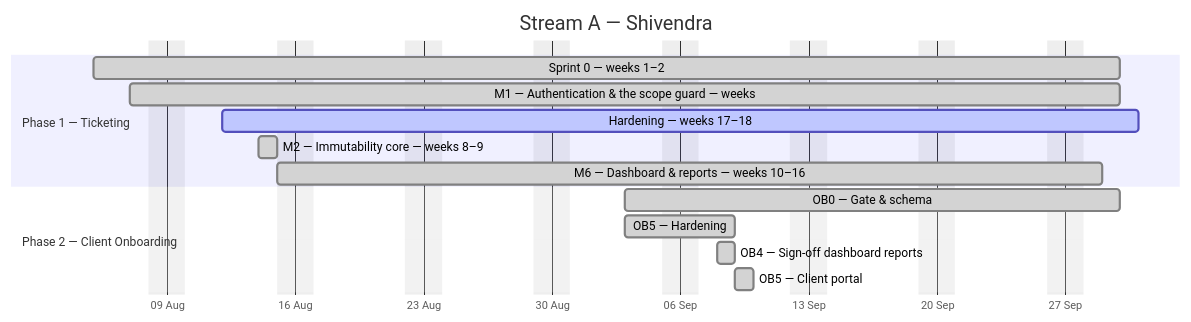
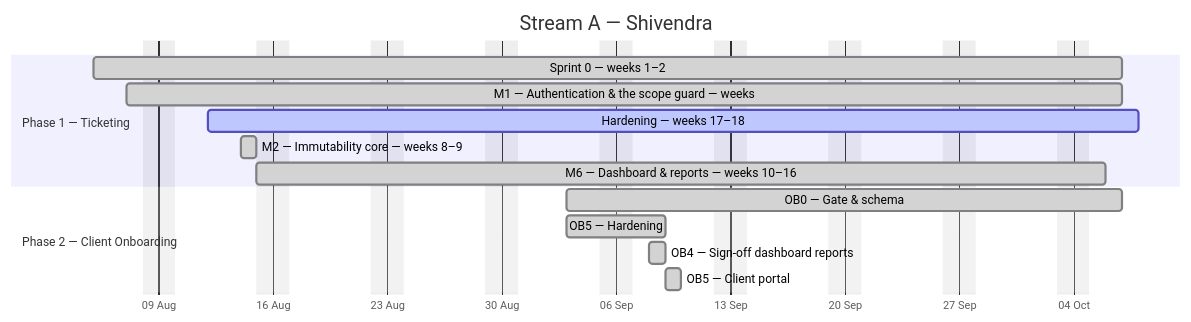
Before and after one commit to debashisedunext/EduTrack: the first of 4 diagrams in docs/plan/GANTT.md, drawn with Mermaid. The commit also changed other lines of this file and 2 other files, not shown here.

````diff
--- a/docs/plan/GANTT.md
+++ b/docs/plan/GANTT.md
@@ -114,18 +114,18 @@
 ```mermaid
 gantt
     dateFormat YYYY-MM-DD
     axisFormat %d %b
     title Stream A — Shivendra
     excludes weekends
     section Phase 1 — Ticketing
-    Sprint 0 — weeks 1–2 :done, a0, 2026-08-05, 40d
-    M1 — Authentication & the scope guard — weeks :done, a1, 2026-08-07, 38d
-    Hardening — weeks 17–18 :active, a2, 2026-08-12, 36d
+    Sprint 0 — weeks 1–2 :done, a0, 2026-08-05, 45d
+    M1 — Authentication & the scope guard — weeks :done, a1, 2026-08-07, 43d
+    Hardening — weeks 17–18 :active, a2, 2026-08-12, 41d
     M2 — Immutability core — weeks 8–9 :done, a3, 2026-08-14, 1d
-    M6 — Dashboard & reports — weeks 10–16 :done, a4, 2026-08-15, 32d
+    M6 — Dashboard & reports — weeks 10–16 :done, a4, 2026-08-15, 37d
     section Phase 2 — Client Onboarding
-    OB0 — Gate & schema :done, a5, 2026-09-03, 19d
+    OB0 — Gate & schema :done, a5, 2026-09-03, 24d
     OB5 — Hardening :done, a6, 2026-09-03, 4d
     OB4 — Sign-off  dashboard  reports :done, a7, 2026-09-08, 1d
     OB5 — Client portal :done, a8, 2026-09-09, 1d
 ```
````
